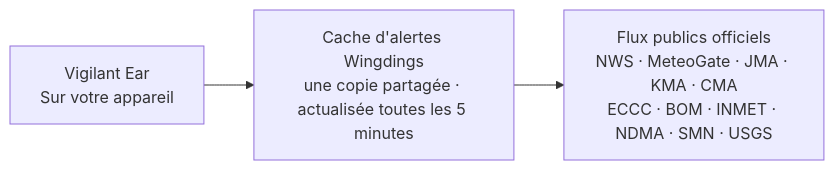
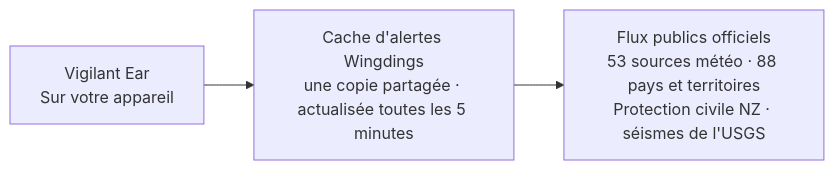
The fourth of 4 diagrams in README_fr.md (rpalm01-star/VigilantEarLegal), drawn with Mermaid before and after one commit. The commit also changed other lines of this file and 44 other files, not shown here.

````diff
--- a/README_fr.md
+++ b/README_fr.md
@@ -171,5 +171,5 @@
 ```mermaid
 graph LR
     P1["Vigilant Ear<br/>Sur votre appareil"] --> W["Cache d'alertes Wingdings<br/>une copie partagée · actualisée toutes les 5 minutes"]
-    W --> N["Flux publics officiels<br/>NWS · MeteoGate · JMA · KMA · CMA<br/>ECCC · BOM · INMET · NDMA · SMN · USGS"]
+    W --> N["Flux publics officiels<br/>53 sources météo · 88 pays et territoires<br/>Protection civile NZ · séismes de l'USGS"]
 ```
````
